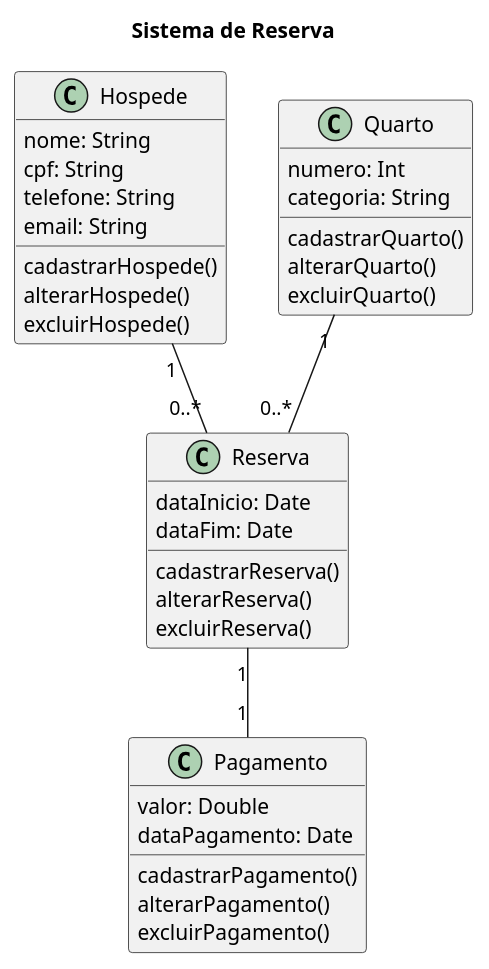
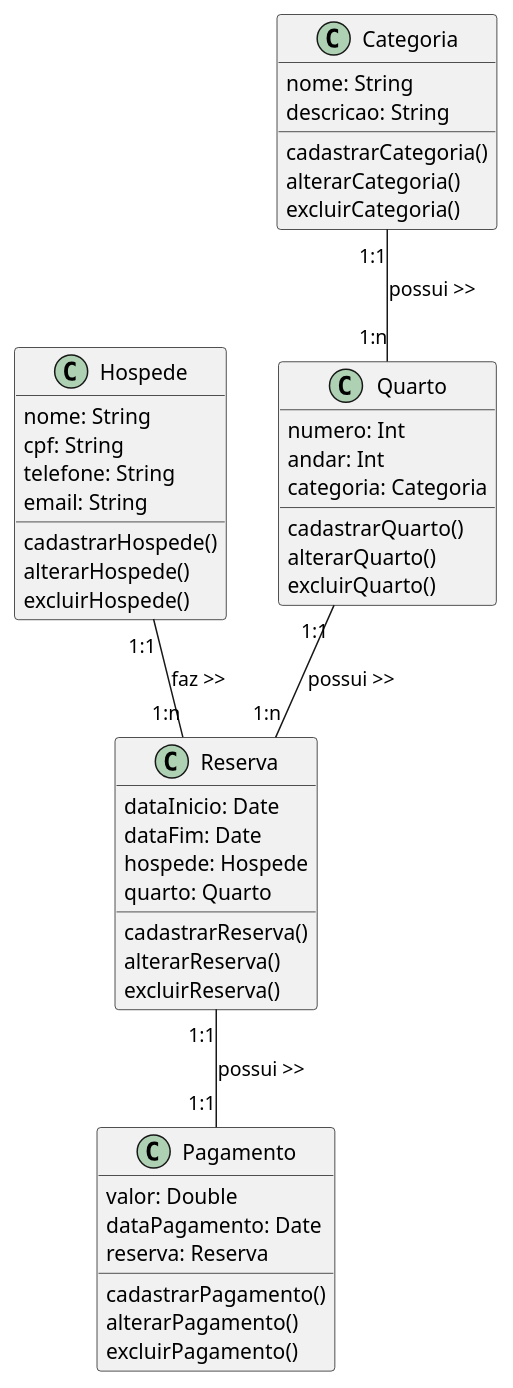
The diagram in atividade_diagrama_classes/q1.puml (luiz-david05/APS-2024.2), drawn with PlantUML before and after one commit. The commit also changed 7 other files, not shown here.

```diff
--- a/atividade_diagrama_classes/q1.puml
+++ b/atividade_diagrama_classes/q1.puml
@@ -1,43 +1,53 @@
-@startuml Sistema de Reserva
-title Sistema de Reserva
+@startuml Sistema De Reservas Hotel
 class Hospede {
     nome: String
     cpf: String
     telefone: String
     email: String
     cadastrarHospede()
     alterarHospede()
     excluirHospede()
 }
 
 class Quarto {
     numero: Int
-    categoria: String
+    andar: Int
+    categoria: Categoria
     cadastrarQuarto()
     alterarQuarto()
     excluirQuarto()
 }
 
+class Categoria {
+    nome: String
+    descricao: String
+    cadastrarCategoria()
+    alterarCategoria()
+    excluirCategoria()
+}
+
 class Reserva {
     dataInicio: Date
     dataFim: Date
+    hospede: Hospede
+    quarto: Quarto
     cadastrarReserva()
     alterarReserva()
     excluirReserva()
 }
 
 class Pagamento {
     valor: Double
     dataPagamento: Date
+    reserva: Reserva
     cadastrarPagamento()
     alterarPagamento()
     excluirPagamento()
 }
 
-Hospede "1" -- "0..*" Reserva
-
-Quarto "1" -- "0..*" Reserva
-
-Reserva "1" -- "1" Pagamento
+Hospede "1:1" -- "1:n" Reserva: faz >>
+Quarto "1:1" -- "1:n" Reserva: possui >>
+Categoria "1:1" -- "1:n" Quarto: possui >>
+Reserva "1:1" -- "1:1" Pagamento: possui >>
 
 @enduml
```
